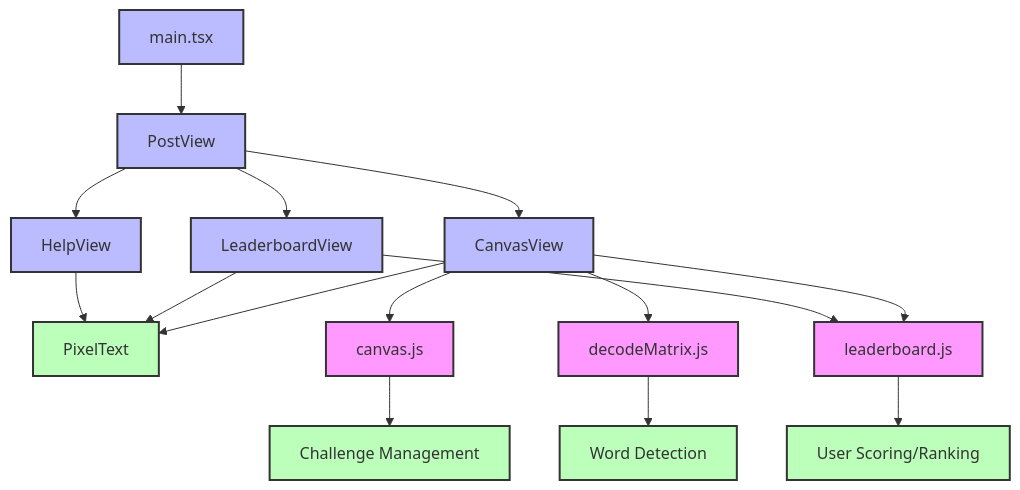
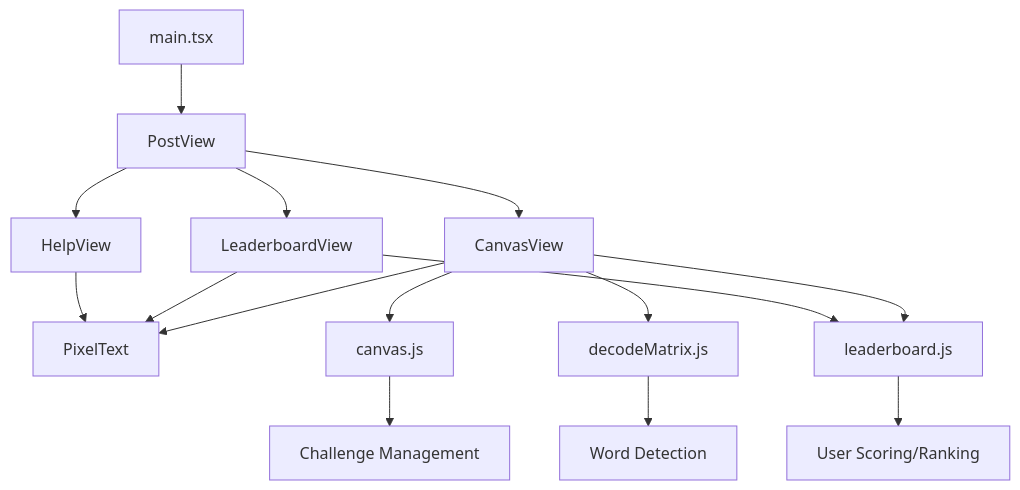
Before and after one commit to bm777/decod: the first of 4 diagrams in README.md, drawn with Mermaid. The commit also changed other lines of this file, not shown here.

Commit message:
restyle the mermaid

````diff
--- a/README.md
+++ b/README.md
@@ -23,29 +23,26 @@
 ```mermaid
 graph TD
 A[main.tsx] --> B[PostView]
 B --> C[CanvasView]
 B --> D[LeaderboardView]
 B --> E[HelpView]
 
 C --> F[PixelText]
 D --> F
 E --> F
 
 C --> G[canvas.js]
 C --> H[decodeMatrix.js]
 C --> I[leaderboard.js]
 
 D --> I
 
 G --> J[Challenge Management]
 H --> K[Word Detection]
 I --> L[User Scoring/Ranking]
 
-classDef logic fill:#f9f,stroke:#333,stroke-width:2px;
-classDef component fill:#bbf,stroke:#333,stroke-width:2px;
-classDef utility fill:#bfb,stroke:#333,stroke-width:2px;
 
 class A,B,C,D,E component;
 class G,H,I logic;
 class F,J,K,L utility;
 ```
````
